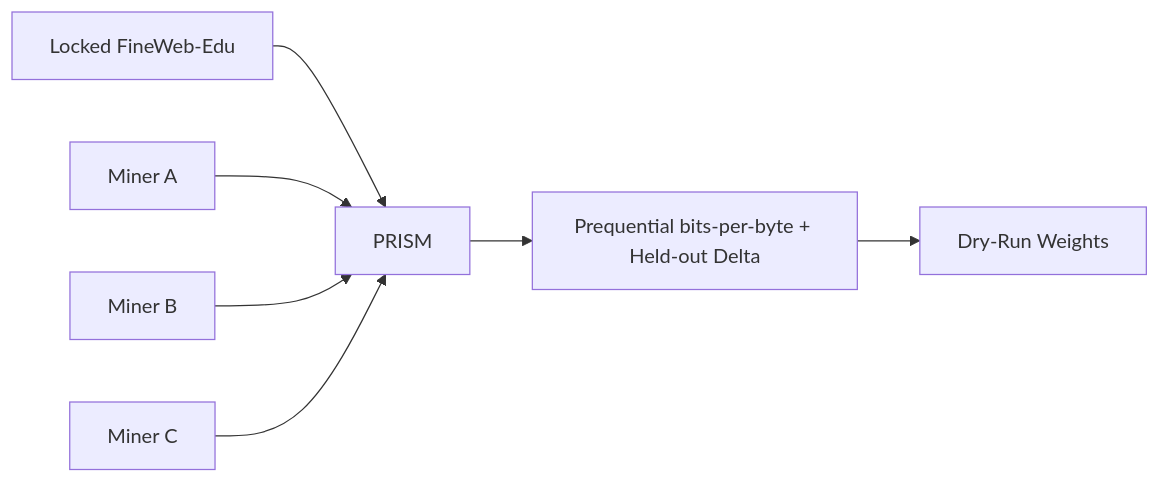
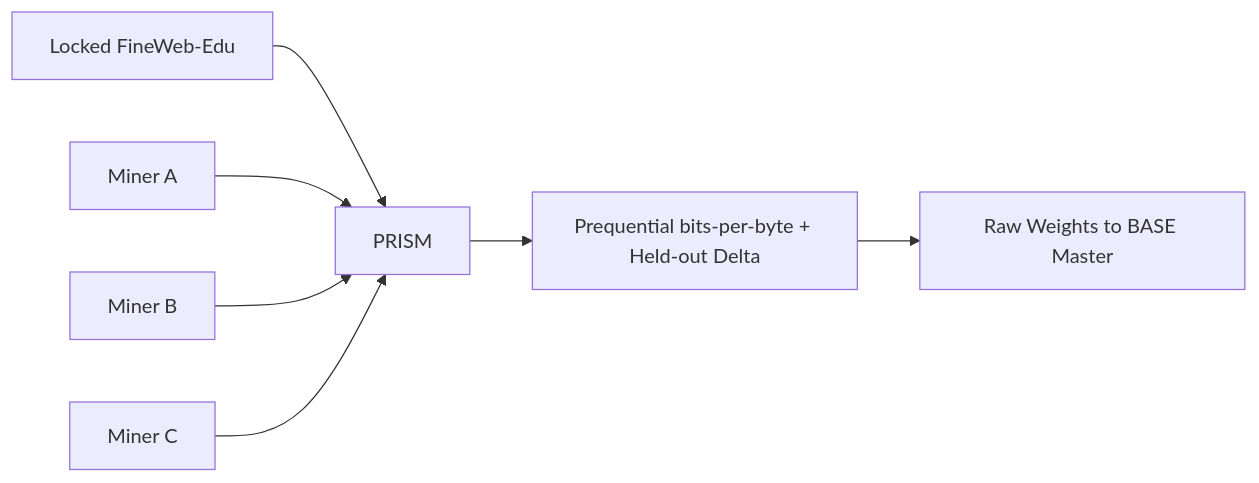
Before and after one commit to BaseIntelligence/prism: the diagram in docs/overview.md, drawn with Mermaid. The commit also changed other lines of this file and 7 other files, not shown here.

````diff
--- a/docs/overview.md
+++ b/docs/overview.md
@@ -22,9 +25,9 @@
 ```mermaid
 flowchart LR
     A[Locked FineWeb-Edu] --> P[PRISM]
     M1[Miner A] --> P
     M2[Miner B] --> P
     M3[Miner C] --> P
     P --> R[Prequential bits-per-byte + Held-out Delta]
-    R --> W[Dry-Run Weights]
+    R --> W[Raw Weights to BASE Master]
 ```
````
